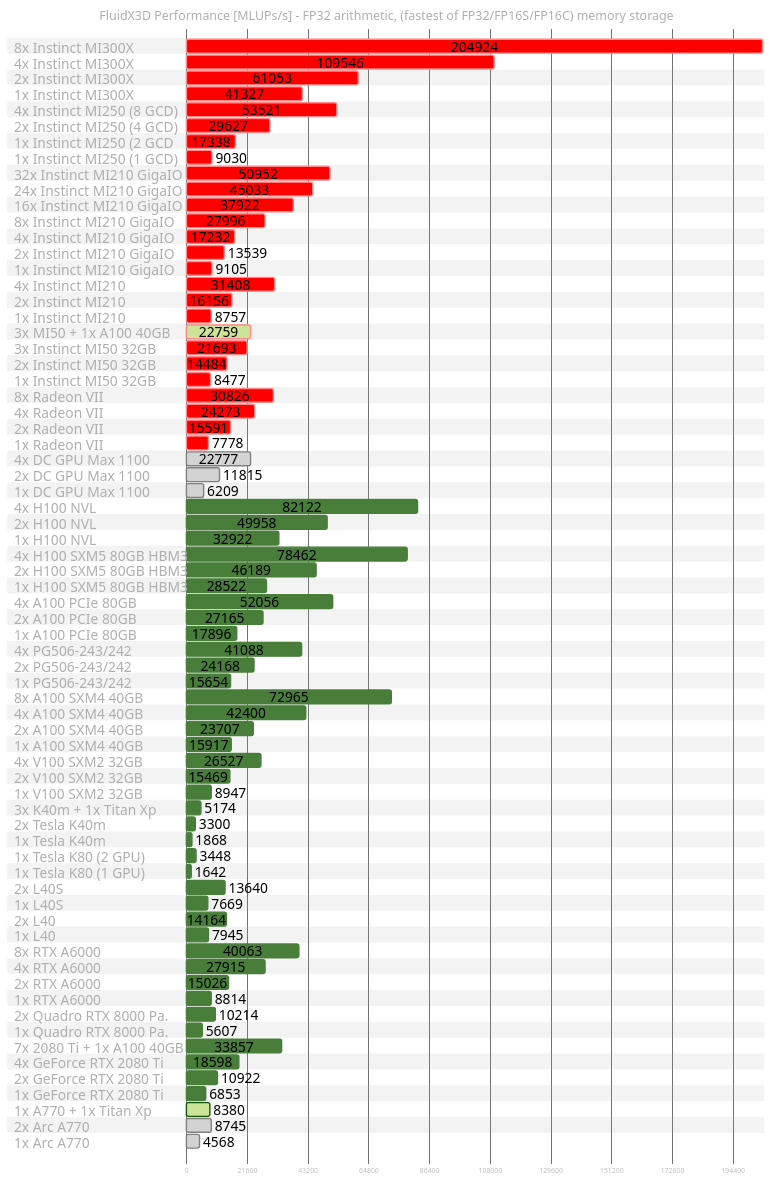
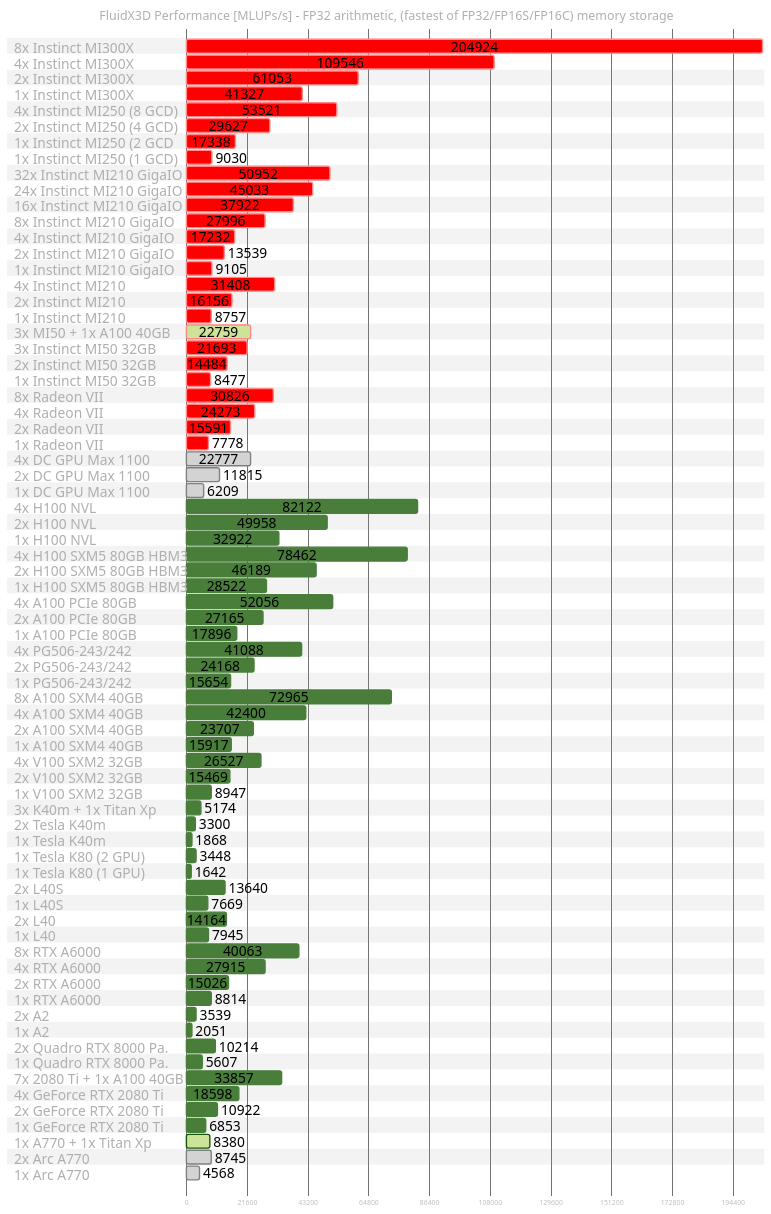
One commit to ProjectPhysX/FluidX3D changed the second of 2 diagrams in README.md. Above: the diagram before and after it, drawn with Mermaid. The commit also changed other lines of this file, not shown here.

Commit message:
Added more benchmarks in Readme

```diff
--- a/README.md
+++ b/README.md
@@ -1347,6 +1347,11 @@
 section 1x RTX A6000
 	8814 : 0, 8814
 
+section 2x A2
+	3539 : 0, 3539
+section 1x A2
+	2051 : 0, 2051
+
 section 2x Quadro RTX 8000 Pa.
 	10214 : 0, 10214
 section 1x Quadro RTX 8000 Pa.
```
